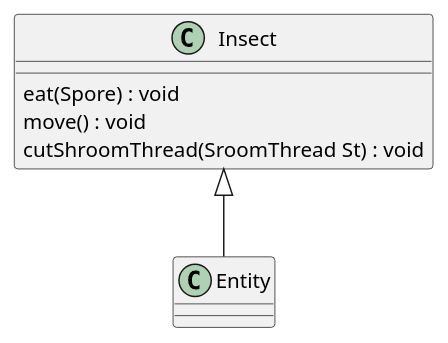
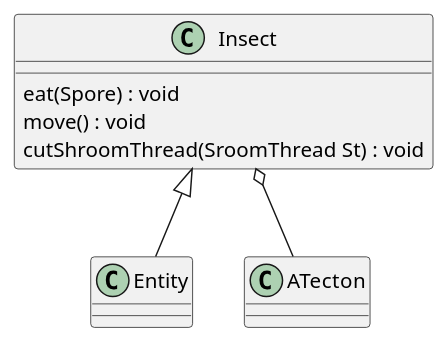
The diagram in 3/classes/insect.puml (Petya-G/fungorium), drawn with PlantUML before and after one commit. The commit also changed 2 other files, not shown here.

```diff
--- a/3/classes/insect.puml
+++ b/3/classes/insect.puml
@@ -1,9 +1,10 @@
 @startuml insect
 
 Insect <|-- Entity
+Insect o-- ATecton
 class Insect{
     eat(Spore) : void
     move() : void
     cutShroomThread(SroomThread St) : void
 }
 @enduml
```
